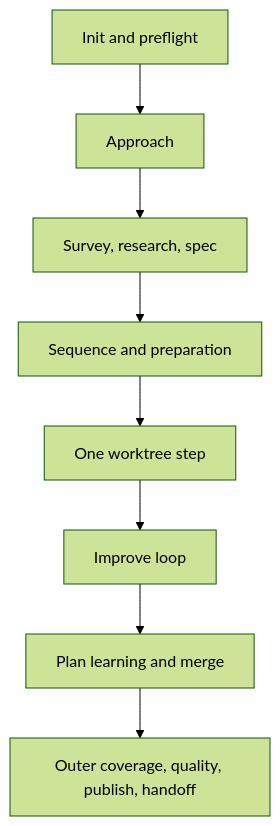
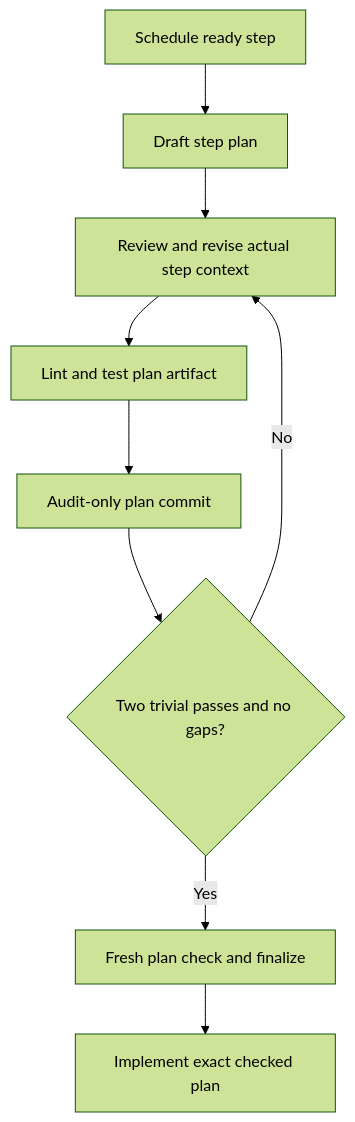
The second of 8 diagrams in skills/shiploop/README.md (whichguy/skill-craft), drawn with Mermaid (forest theme) before and after one commit. The commit also changed other lines of this file and 78 other files, not shown here.

````diff
--- a/skills/shiploop/README.md
+++ b/skills/shiploop/README.md
@@ -30,10 +307,11 @@
 ```mermaid
 flowchart TD
-  I[Init and preflight] --> A[Approach]
-  A --> S[Survey, research, spec]
-  S --> P[Sequence and preparation]
-  P --> W[One worktree step]
-  W --> L[Improve loop]
-  L --> R[Plan learning and merge]
-  R --> O[Outer coverage, quality, publish, handoff]
+    S[Schedule ready step] --> D[Draft step plan]
+    D --> R[Review and revise actual step context]
+    R --> V[Lint and test plan artifact]
+    V --> C[Audit-only plan commit]
+    C --> G{Two trivial passes and no gaps?}
+    G -->|No| R
+    G -->|Yes| F[Fresh plan check and finalize]
+    F --> I[Implement exact checked plan]
 ```
````
